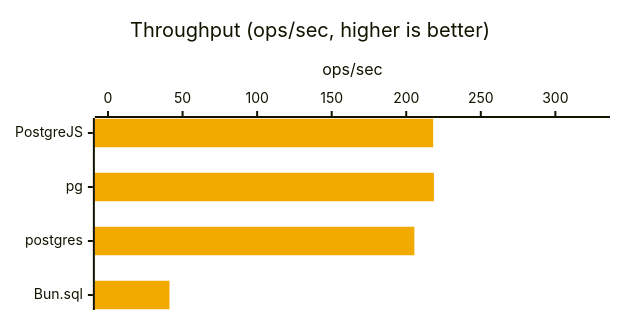
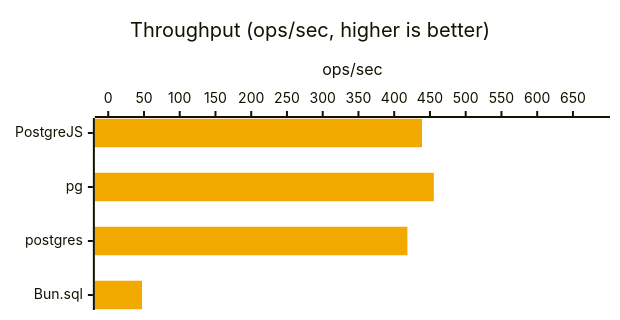
The eighth of 56 diagrams in docs/getting-started/benchmarks-bun.md (panates/postgrejs-doc), drawn with Mermaid before and after one commit. The commit also changed other lines of this file and 24 other files, not shown here.

````diff
--- a/docs/getting-started/benchmarks-bun.md
+++ b/docs/getting-started/benchmarks-bun.md
@@ -255,8 +255,8 @@
 ```mermaid
 %%{init: {'xyChart': {'width': 600, 'height': 300, 'chartOrientation': 'horizontal'}, 'themeVariables': {'xyChart': {'plotColorPalette': '#f2a900'}}}}%%
 xychart-beta
     title "Throughput (ops/sec, higher is better)"
     x-axis ["PostgreJS", "pg", "postgres", "Bun.sql"]
-    y-axis "ops/sec" 0.0000 --> 327.8343
-    bar [218.0635, 218.5562, 205.4507, 41.2117]
+    y-axis "ops/sec" 0.0000 --> 683.1614
+    bar [438.8869, 455.4409, 418.4478, 47.2262]
 ```
````
